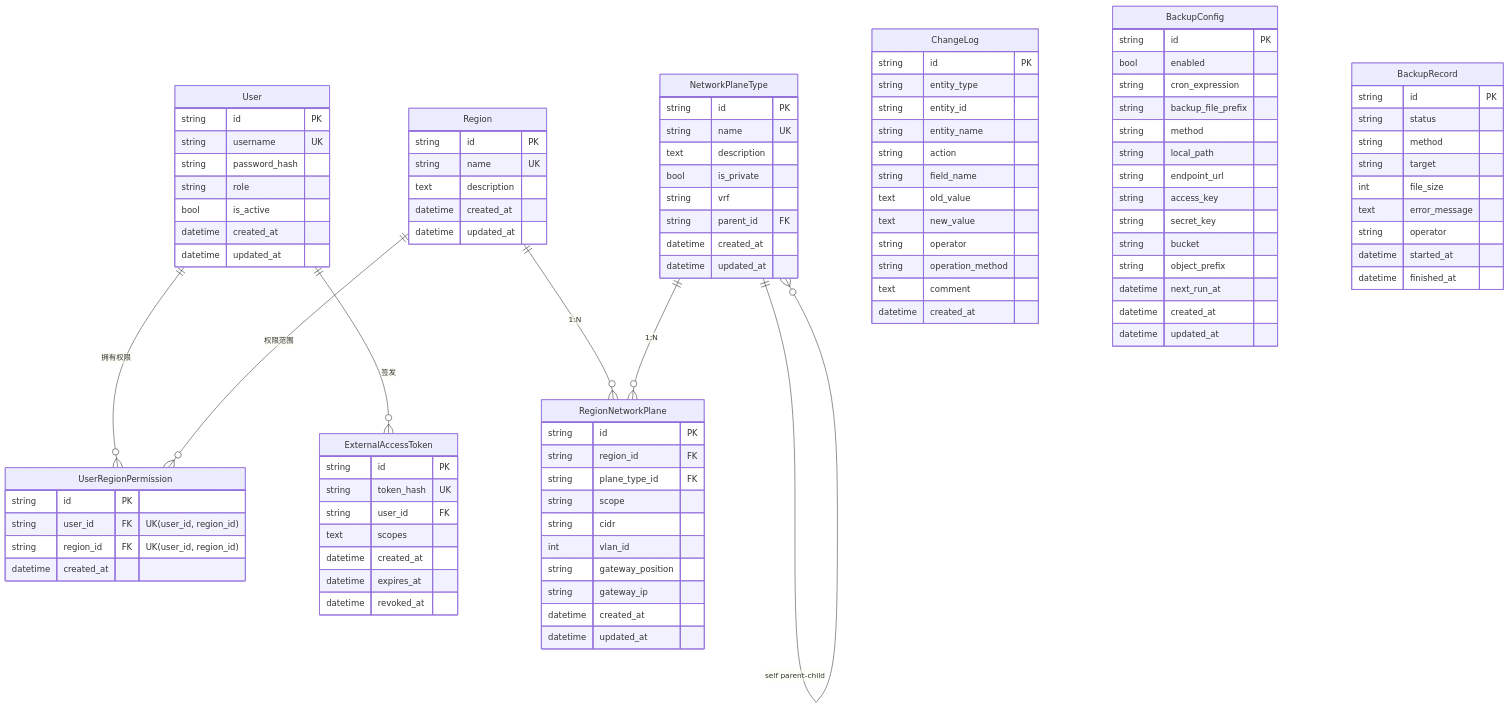
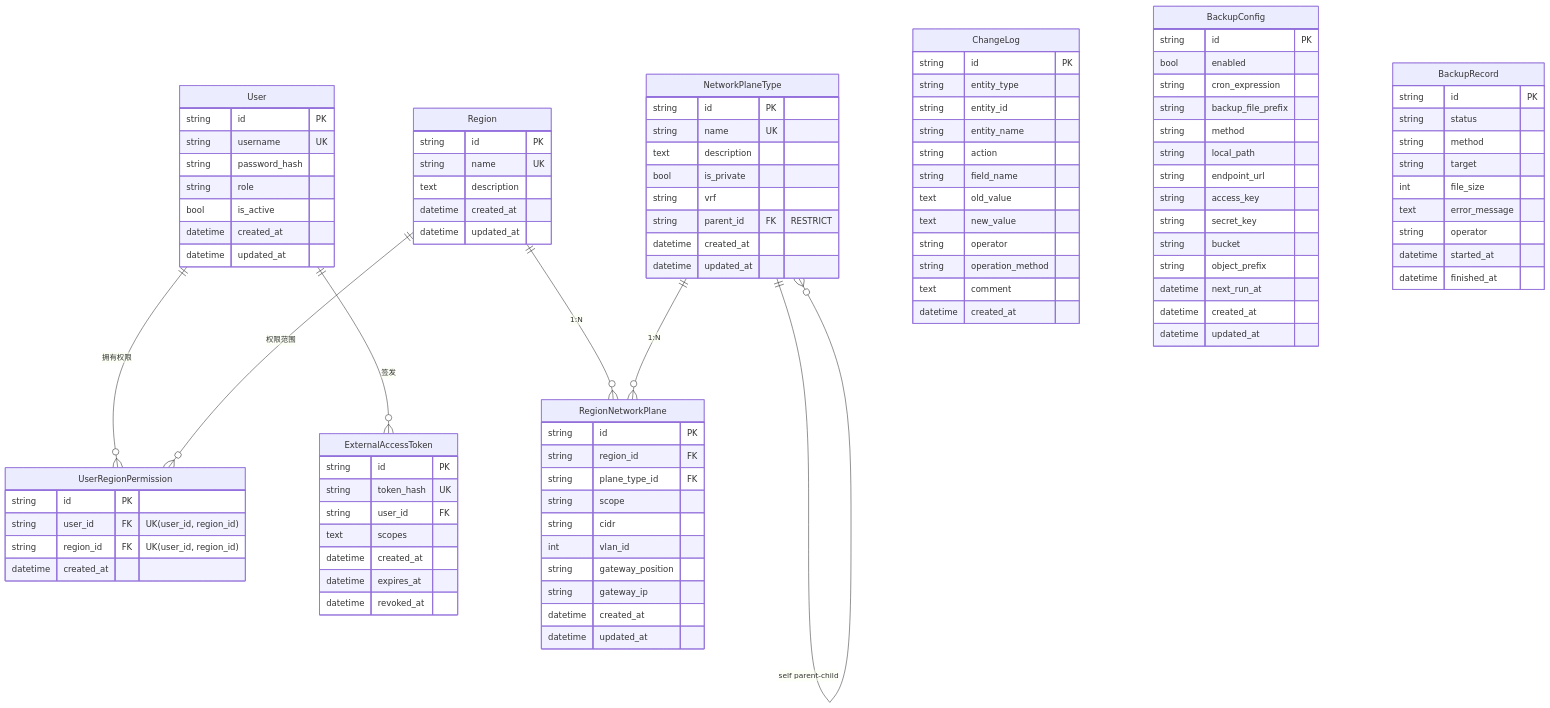
Before and after one commit to zhou-xingxing/dc-network-planner: the second of 5 diagrams in SYSTEM_DESIGN.md, drawn with Mermaid. The commit also changed other lines of this file and 1 other file, not shown here.

```diff
--- a/SYSTEM_DESIGN.md
+++ b/SYSTEM_DESIGN.md
@@ -211,7 +182,7 @@
         text   description
         bool   is_private
         string vrf
-        string parent_id FK
+        string parent_id FK "RESTRICT"
         datetime created_at
         datetime updated_at
     }
```
